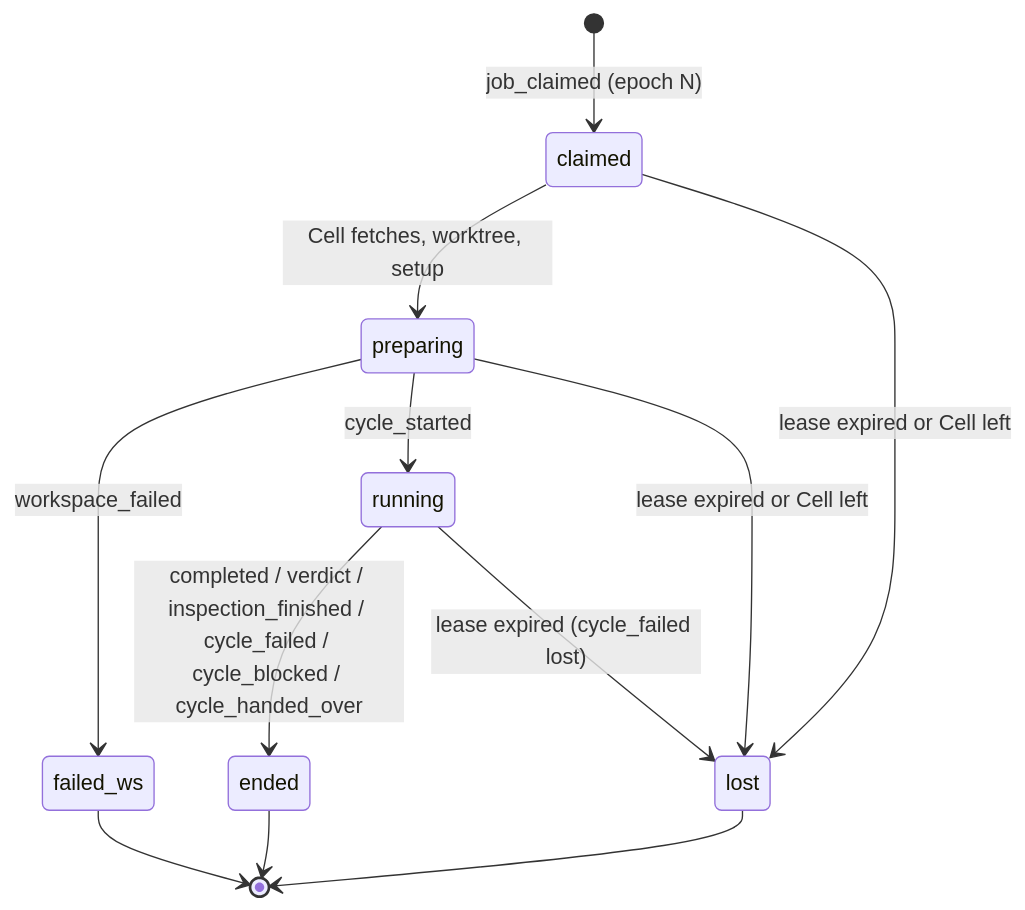
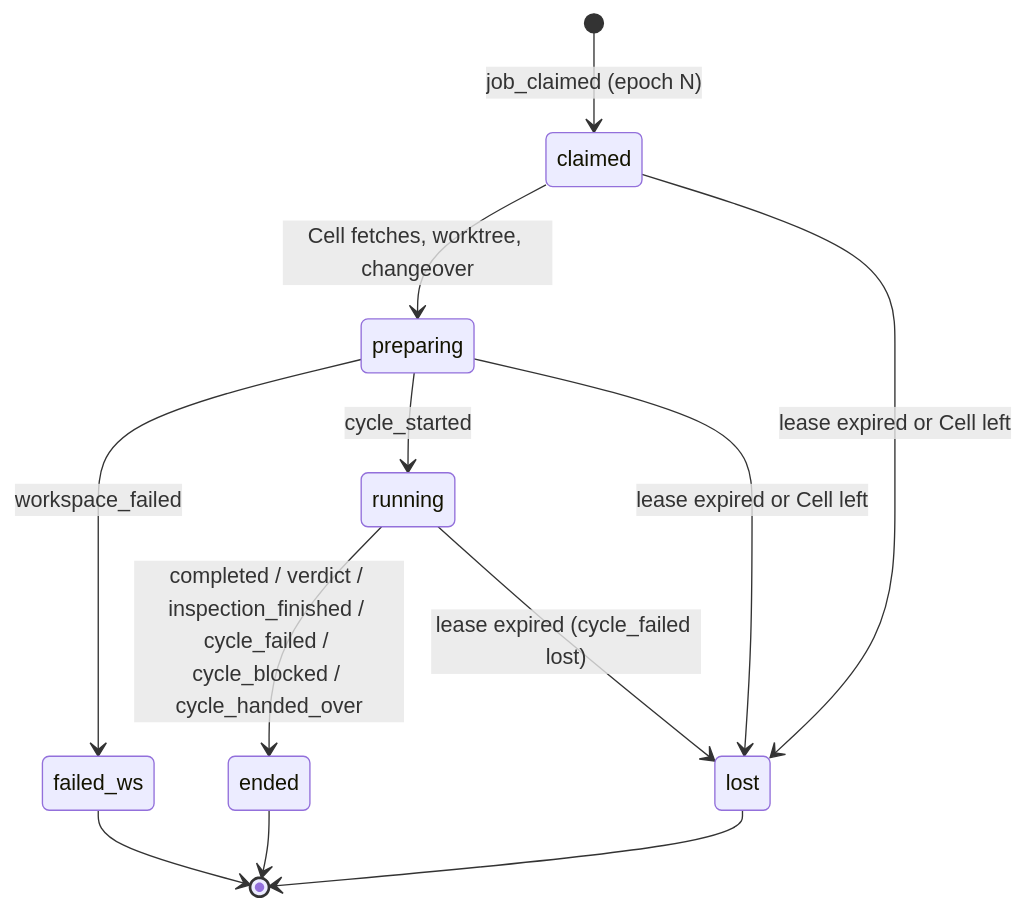
One commit to xyashino/software-factory changed the diagram in docs/PROTOCOL.md. Above: the diagram before and after it, drawn with Mermaid. The commit also changed other lines of this file and 55 other files, not shown here.

````diff
--- a/docs/PROTOCOL.md
+++ b/docs/PROTOCOL.md
@@ -304,14 +305,14 @@
 ```mermaid
 stateDiagram-v2
   [*] --> claimed : job_claimed (epoch N)
-  claimed --> preparing : Cell fetches, worktree, setup
+  claimed --> preparing : Cell fetches, worktree, changeover
   preparing --> failed_ws : workspace_failed
   preparing --> running : cycle_started
   running --> ended : completed / verdict / inspection_finished / cycle_failed / cycle_blocked / cycle_handed_over
   claimed --> lost : lease expired or Cell left
   preparing --> lost : lease expired or Cell left
   running --> lost : lease expired (cycle_failed lost)
   failed_ws --> [*]
   ended --> [*]
   lost --> [*]
 ```
````
